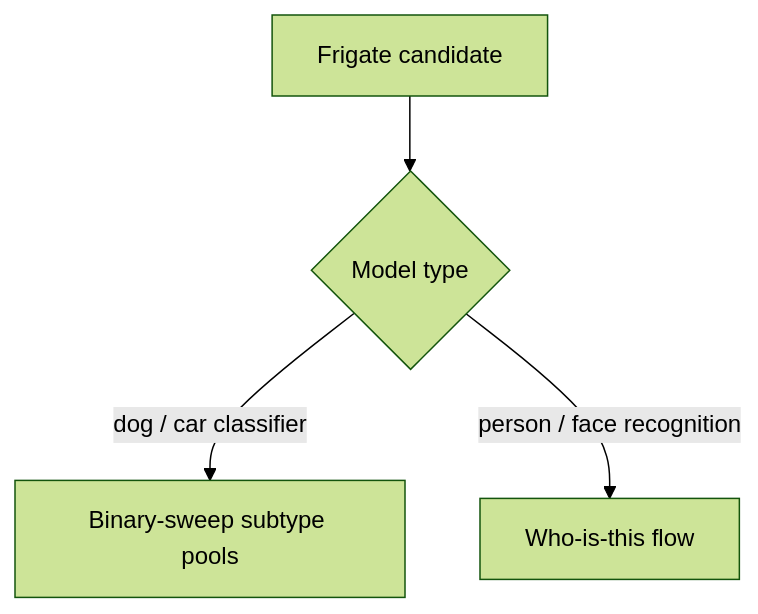
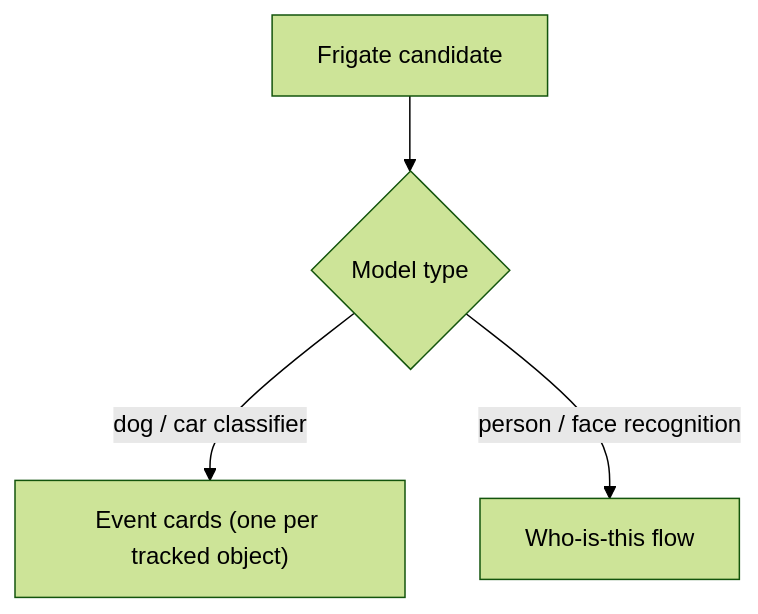
The first of 3 diagrams in docs/flows.md (csmarshall/winnow), drawn with Mermaid (forest theme) before and after one commit. The commit also changed other lines of this file and 24 other files, not shown here.

````diff
--- a/docs/flows.md
+++ b/docs/flows.md
@@ -9,6 +9,6 @@
 ```mermaid
 flowchart TD
   X[Frigate candidate] --> T{Model type}
-  T -->|dog / car classifier| CLF[Binary-sweep subtype pools]
+  T -->|dog / car classifier| CLF["Event cards (one per tracked object)"]
   T -->|person / face recognition| FACE[Who-is-this flow]
 ```
````
